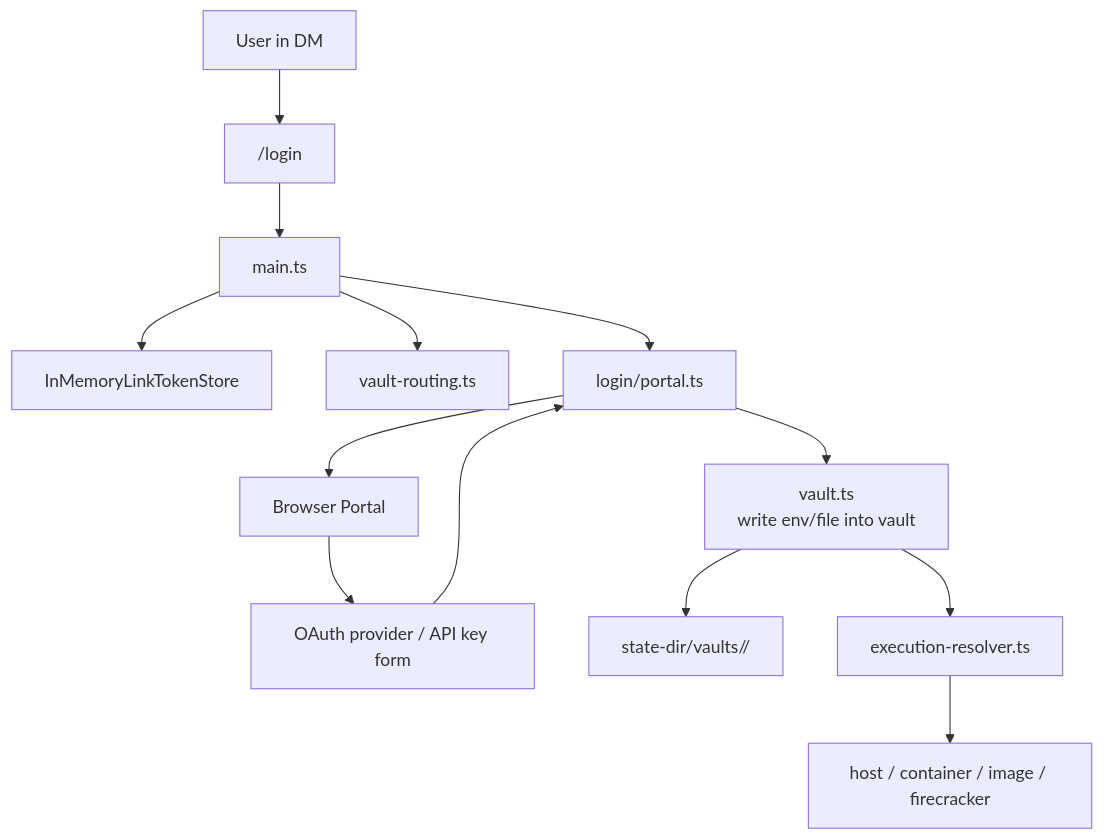
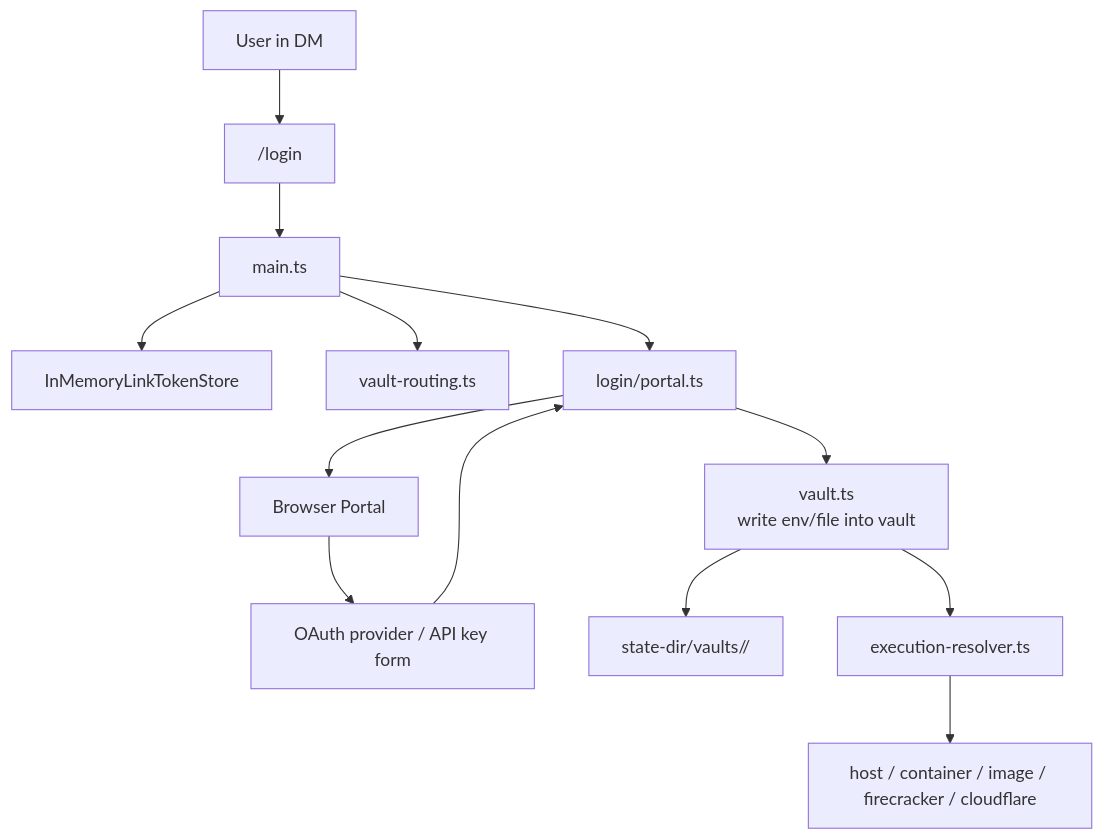
The third of 3 diagrams in docs/architecture.md (geminixiang/mikan), drawn with Mermaid before and after one commit. The commit also changed other lines of this file and 3 other files, not shown here.

Commit message:
docs(readme): add architecture diagram image

````diff
--- a/docs/architecture.md
+++ b/docs/architecture.md
@@ -247,15 +250,15 @@
 ```mermaid
 flowchart TD
   User["User in DM"] --> LoginCmd["/login"]
   LoginCmd --> Main["main.ts"]
   Main --> LinkToken["InMemoryLinkTokenStore"]
   Main --> VaultRouting["vault-routing.ts"]
   Main --> LinkServer["login/portal.ts"]
   LinkServer --> Browser["Browser Portal"]
   Browser --> OAuth["OAuth provider / API key form"]
   OAuth --> LinkServer
   LinkServer --> VaultManager["vault.ts\nwrite env/file into vault"]
   VaultManager --> VaultDir["state-dir/vaults/<vaultId>/"]
   VaultManager --> Resolver["execution-resolver.ts"]
-  Resolver --> Sandbox["host / container / image / firecracker"]
+  Resolver --> Sandbox["host / container / image / firecracker / cloudflare"]
 ```
````
